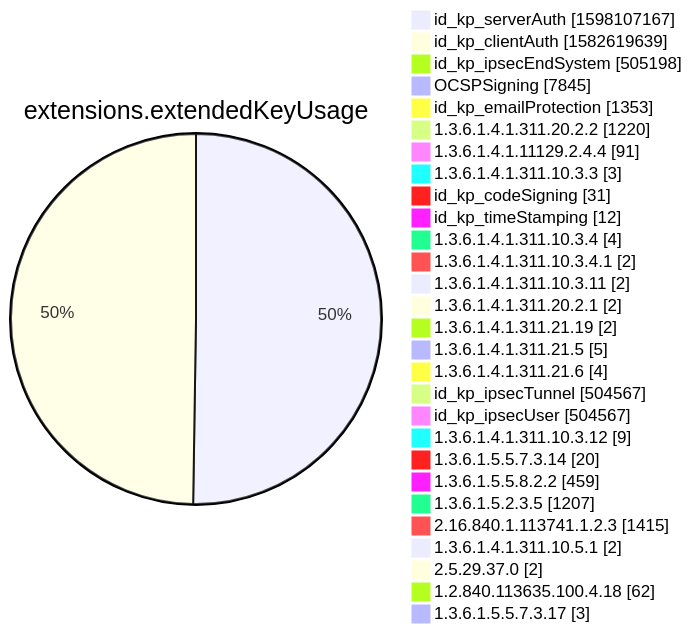
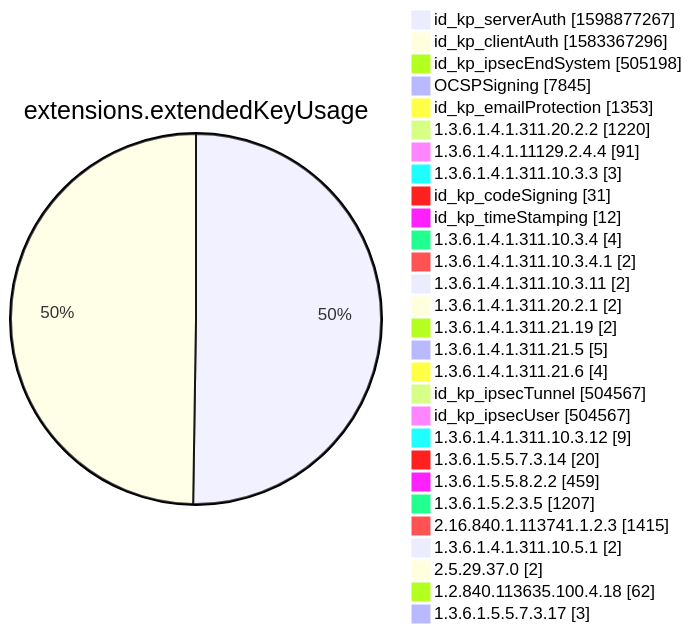
Diagram 12 of 15 in xenon2022/README.md (christiankrug/ctmonitor_visualization), drawn with Mermaid before and after one commit. The commit also changed other lines of this file, not shown here.

````diff
--- a/xenon2022/README.md
+++ b/xenon2022/README.md
@@ -3885,32 +3885,32 @@
 ```mermaid
 pie showData
 title extensions.extendedKeyUsage
-"id_kp_serverAuth" :1598107167
-"id_kp_clientAuth" :1582619639
+"id_kp_serverAuth" :1598877267
+"id_kp_clientAuth" :1583367296
 "id_kp_ipsecEndSystem" :505198
 "OCSPSigning" :7845
 "id_kp_emailProtection" :1353
 "1.3.6.1.4.1.311.20.2.2" :1220
 "1.3.6.1.4.1.11129.2.4.4" :91
 "1.3.6.1.4.1.311.10.3.3" :3
 "id_kp_codeSigning" :31
 "id_kp_timeStamping" :12
 "1.3.6.1.4.1.311.10.3.4" :4
 "1.3.6.1.4.1.311.10.3.4.1" :2
 "1.3.6.1.4.1.311.10.3.11" :2
 "1.3.6.1.4.1.311.20.2.1" :2
 "1.3.6.1.4.1.311.21.19" :2
 "1.3.6.1.4.1.311.21.5" :5
 "1.3.6.1.4.1.311.21.6" :4
 "id_kp_ipsecTunnel" :504567
 "id_kp_ipsecUser" :504567
 "1.3.6.1.4.1.311.10.3.12" :9
 "1.3.6.1.5.5.7.3.14" :20
 "1.3.6.1.5.5.8.2.2" :459
 "1.3.6.1.5.2.3.5" :1207
 "2.16.840.1.113741.1.2.3" :1415
 "1.3.6.1.4.1.311.10.5.1" :2
 "2.5.29.37.0" :2
 "1.2.840.113635.100.4.18" :62
 "1.3.6.1.5.5.7.3.17" :3
 ```
````
